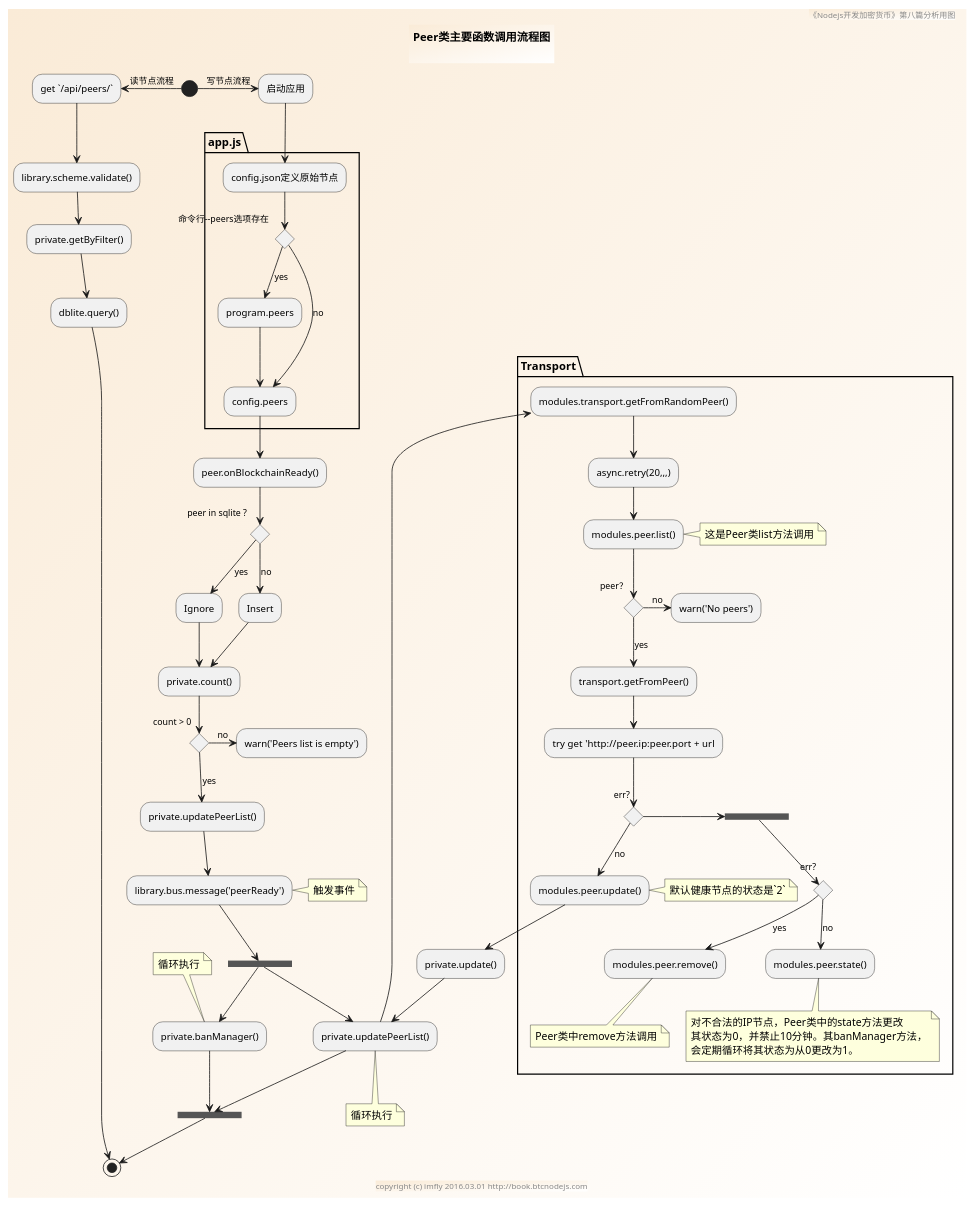
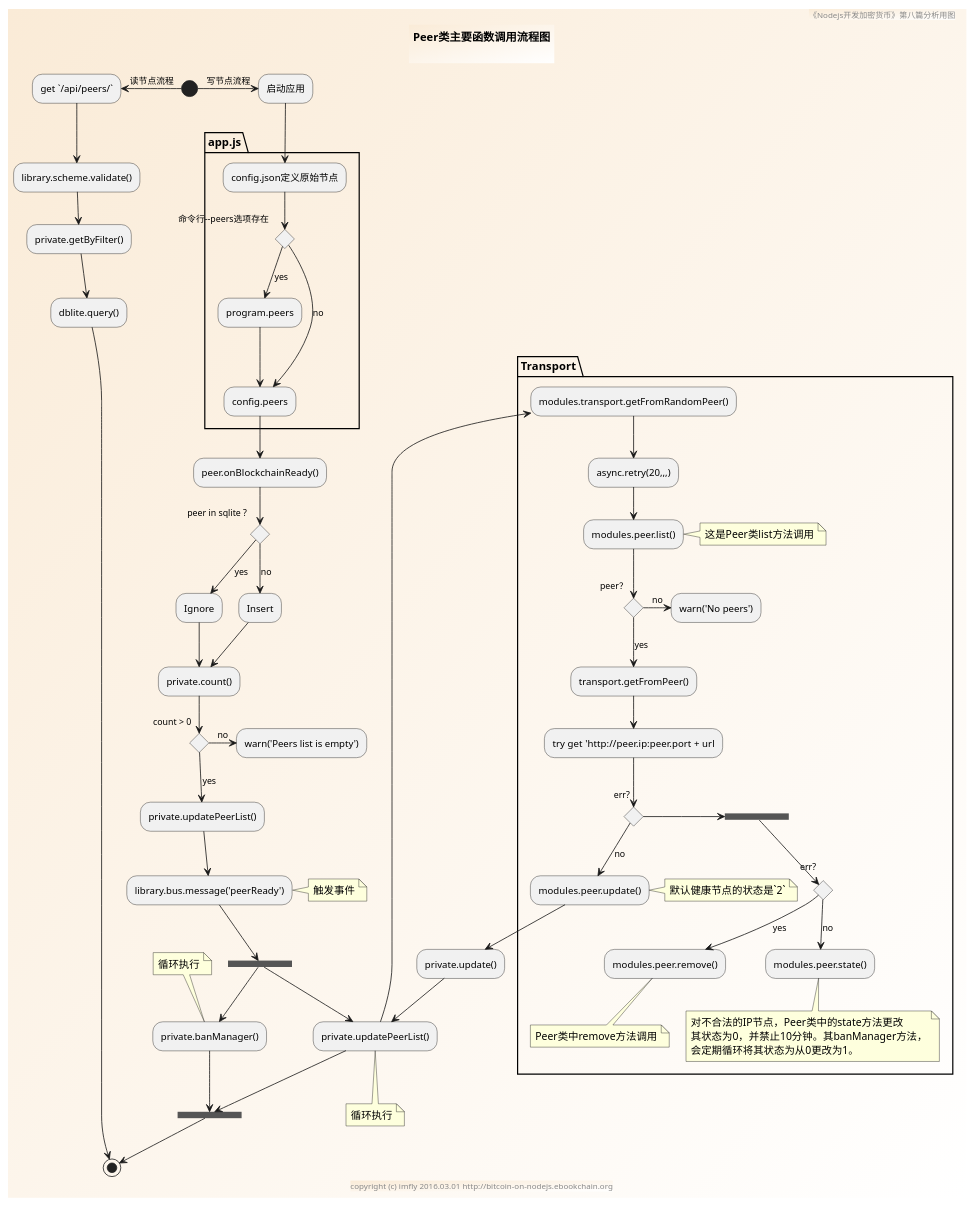
The diagram in sources/modules/blocks/activity.pu (imfly/bitcoin-on-nodejs), drawn with PlantUML before and after one commit. The commit also changed 30 other files, not shown here.

```diff
--- a/sources/modules/blocks/activity.pu
+++ b/sources/modules/blocks/activity.pu
@@ -1,94 +1,94 @@
 @startuml ../../../styles/images/modules/blocks/activity.png
 skinparam BorderColor #blue\9932CC
 skinparam backgroundcolor AntiqueWhite/white
 
 title
 Peer类主要函数调用流程图
 
 end title
 
-footer copyright (c) imfly 2016.03.01 http://book.btcnodejs.com
+footer copyright (c) imfly 2016.03.01 http://bitcoin-on-nodejs.ebookchain.org
 header 《Nodejs开发加密货币》第八篇分析用图
 
 (*) -left-> [读节点流程] "get `/api/peers/`"
 --> library.scheme.validate()
 --> private.getByFilter()
 --> dblite.query()
 --> (*)
 
 (*) -right-> [写节点流程] 启动应用
 
 ' app.js启动命令
 partition app.js {
   --> config.json定义原始节点
   if "命令行--peers选项存在" then
   -->[yes] program.peers
   --> "config.peers" as peers
   else
   --> [no] peers
   endif
 }
 
 ' 区块链加载完毕
 --> peer.onBlockchainReady()
 if peer in sqlite ? then
 --> [yes] Ignore
 --> "private.count()" as count
 else
 --> [no] Insert
 --> count
 endif
 
 if count > 0 then
 -right-> [no] warn('Peers list is empty')
 else
 -->[yes] private.updatePeerList()
 --> library.bus.message('peerReady')
 note right: 触发事件
 
 ' 第一个循环：检验节点，删除或更新
 --> ==b1==
 --> "private.updatePeerList()" as updatePeerList
 partition Transport {
   --> modules.transport.getFromRandomPeer()
   --> async.retry(20,,,)
   --> modules.peer.list()
   note right: 这是Peer类list方法调用
   if peer？ then
   -right-> [no] warn('No peers')
   else
   --> [yes] transport.getFromPeer()
   --> try get 'http://peer.ip:peer.port + url
     if err? then
     -right-> ==b3==
       if err? then
       --> [yes] modules.peer.remove()
       note bottom: Peer类中remove方法调用
       else
       --> [no] modules.peer.state()
       note bottom
       对不合法的IP节点，Peer类中的state方法更改
       其状态为0，并禁止10分钟。其banManager方法，
       会定期循环将其状态为从0更改为1。
       end note
       endif
     else
     --> [no] modules.peer.update()
     note right: 默认健康节点的状态是`2`
     endif
   endif
 }
 -down-> private.update()
 --> updatePeerList
 note bottom: 循环执行
 --> ==b2==
 
 ' 第二个循环：更新状态
 ==b1== --> private.banManager()
 note top: 循环执行
 --> ==b2==
 
 endif
 
 --> (*)
 @enduml
```
